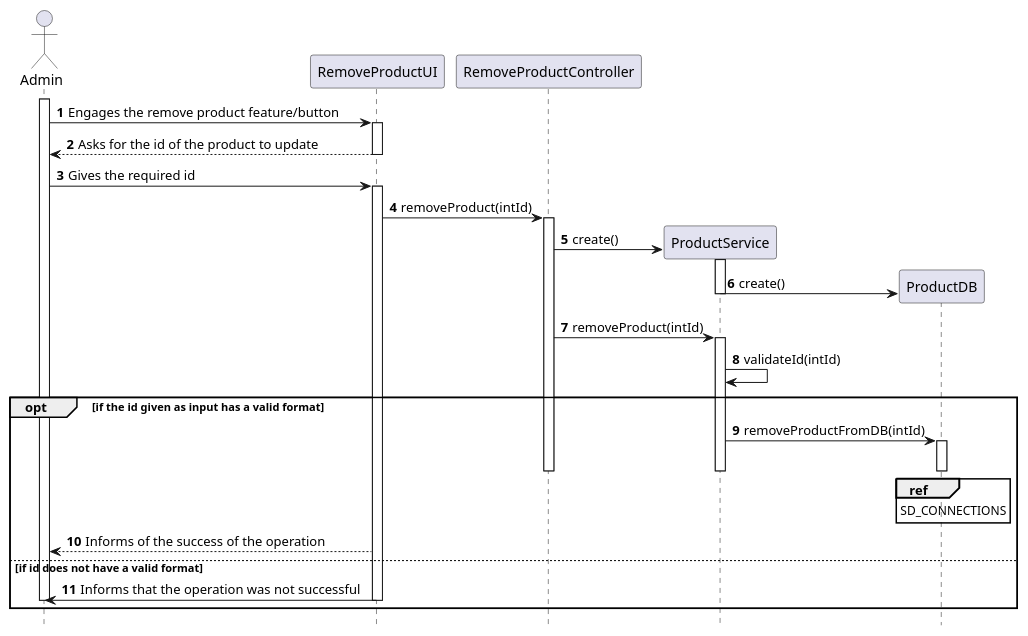
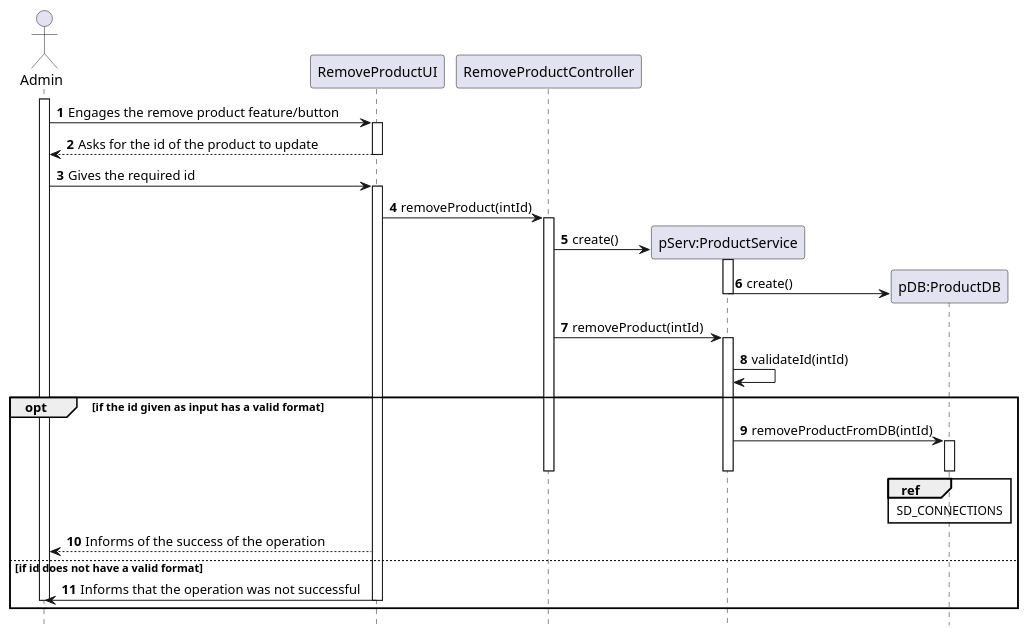
Before and after one commit to tiagoavcosta25/LAPR3: the diagram in docs/Iteration 2/Product Management/Refinement/US72_RemoveProduct/US72_SD.puml, drawn with PlantUML. The commit also changed 14 other files, not shown here.

```diff
--- a/docs/Iteration 2/Product Management/Refinement/US72_RemoveProduct/US72_SD.puml
+++ b/docs/Iteration 2/Product Management/Refinement/US72_RemoveProduct/US72_SD.puml
@@ -1,45 +1,45 @@
 @startuml
 autonumber
 hide footbox
 
 actor "Admin" as U
 
 participant "RemoveProductUI" as UI
 participant "RemoveProductController" as CTRL
-participant "ProductService" as SER
-participant "ProductDB" as DB
+participant "pServ:ProductService" as SER
+participant "pDB:ProductDB" as DB
 
 activate U
 U -> UI : Engages the remove product feature/button
 activate UI
 UI --> U : Asks for the id of the product to update
 deactivate UI
 U -> UI : Gives the required id
 activate UI
 UI -> CTRL : removeProduct(intId)
 activate CTRL
 CTRL -> SER** : create()
 activate SER
 SER -> DB** : create()
 deactivate SER
 CTRL -> SER : removeProduct(intId)
 activate SER
 SER -> SER : validateId(intId)
 opt if the id given as input has a valid format
 SER -> DB : removeProductFromDB(intId)
 activate DB
 deactivate DB
 ref over DB
 SD_CONNECTIONS
 end ref
 deactivate SER
 deactivate CTRL
 deactivate CTRL
 UI --> U : Informs of the success of the operation
 else if id does not have a valid format
 UI -> U : Informs that the operation was not successful
 deactivate UI
 deactivate U
 end opt
 
 @enduml
```
